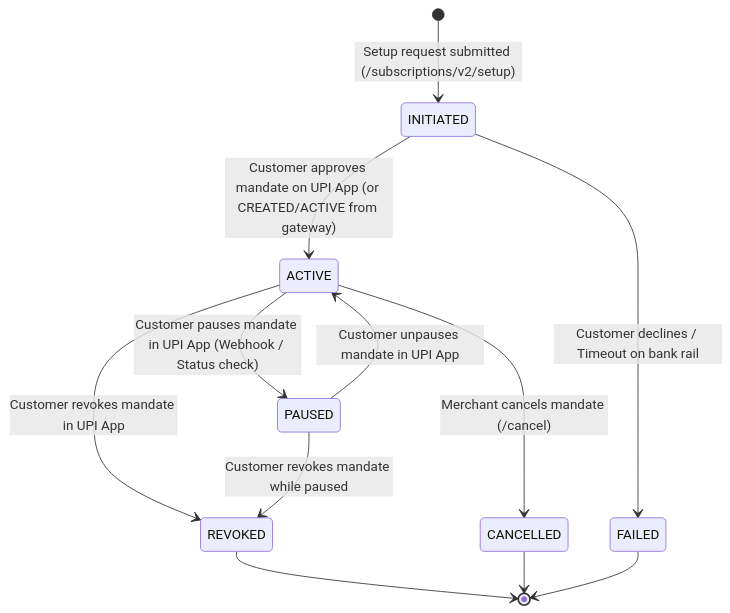
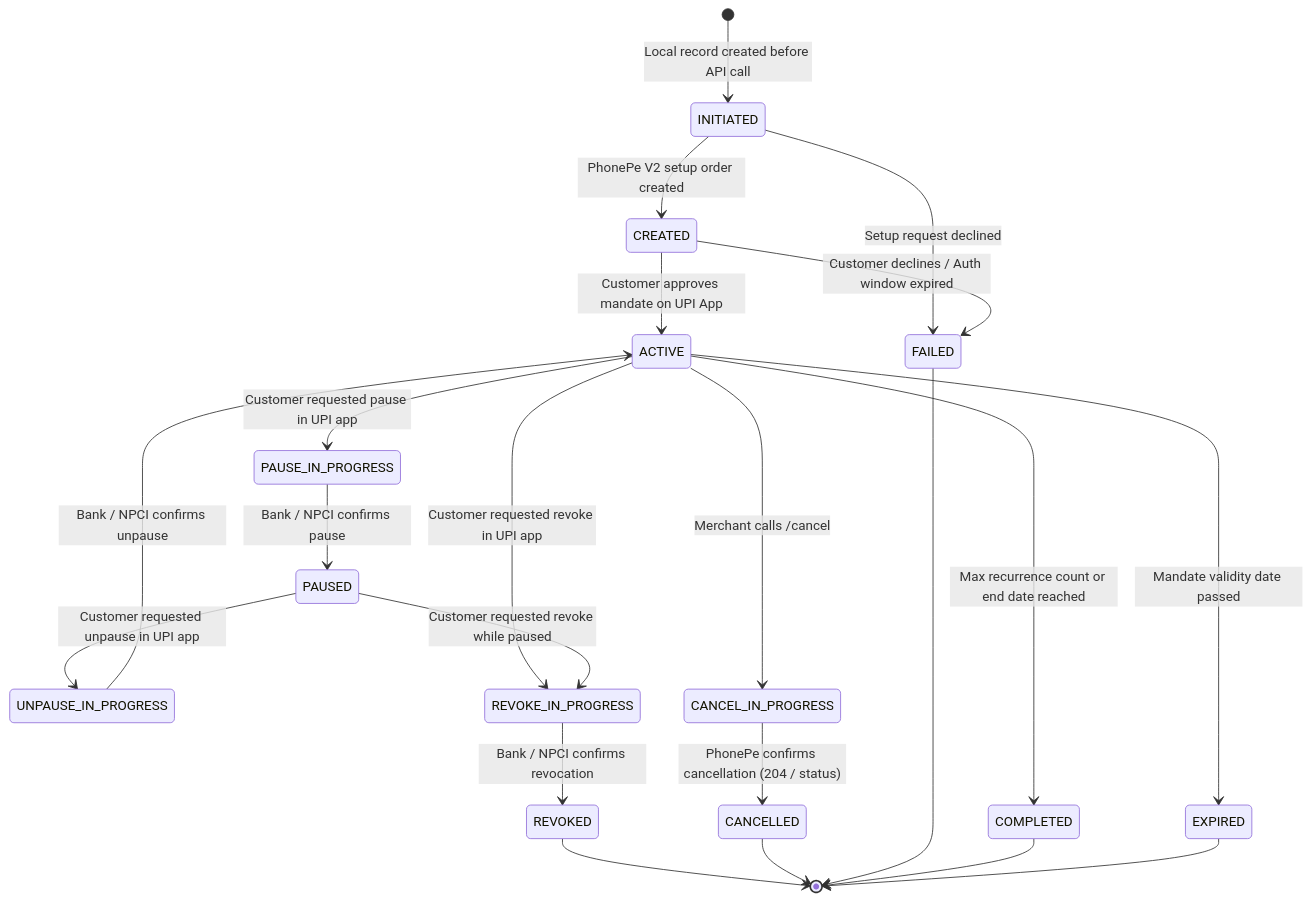
Before and after one commit to Glass-Entials/CRM-Glass-Entials: the third of 7 diagrams in docs/PHONEPE_AUTOPAY_V2_PHASE_3_ARCHITECTURE.md, drawn with Mermaid. The commit also changed other lines of this file, not shown here.

First line of the commit message:
docs(billing): Phase 3 architecture review revision v1.2

````diff
--- a/docs/PHONEPE_AUTOPAY_V2_PHASE_3_ARCHITECTURE.md
+++ b/docs/PHONEPE_AUTOPAY_V2_PHASE_3_ARCHITECTURE.md
@@ -429,18 +359,31 @@
 ```mermaid
 stateDiagram-v2
-    [*] --> INITIATED : Setup request submitted (/subscriptions/v2/setup)
-    INITIATED --> ACTIVE : Customer approves mandate on UPI App (or CREATED/ACTIVE from gateway)
-    INITIATED --> FAILED : Customer declines / Timeout on bank rail
+    [*] --> INITIATED : Local record created before API call
+    INITIATED --> CREATED : PhonePe V2 setup order created
+    INITIATED --> FAILED : Setup request declined
     
-    ACTIVE --> PAUSED : Customer pauses mandate in UPI App (Webhook / Status check)
-    PAUSED --> ACTIVE : Customer unpauses mandate in UPI App
+    CREATED --> ACTIVE : Customer approves mandate on UPI App
+    CREATED --> FAILED : Customer declines / Auth window expired
     
-    ACTIVE --> REVOKED : Customer revokes mandate in UPI App
-    PAUSED --> REVOKED : Customer revokes mandate while paused
+    ACTIVE --> PAUSE_IN_PROGRESS : Customer requested pause in UPI app
+    PAUSE_IN_PROGRESS --> PAUSED : Bank / NPCI confirms pause
     
-    ACTIVE --> CANCELLED : Merchant cancels mandate (/cancel)
+    PAUSED --> UNPAUSE_IN_PROGRESS : Customer requested unpause in UPI app
+    UNPAUSE_IN_PROGRESS --> ACTIVE : Bank / NPCI confirms unpause
+    
+    ACTIVE --> REVOKE_IN_PROGRESS : Customer requested revoke in UPI app
+    PAUSED --> REVOKE_IN_PROGRESS : Customer requested revoke while paused
+    REVOKE_IN_PROGRESS --> REVOKED : Bank / NPCI confirms revocation
+    
+    ACTIVE --> CANCEL_IN_PROGRESS : Merchant calls /cancel
+    CANCEL_IN_PROGRESS --> CANCELLED : PhonePe confirms cancellation (204 / status)
+    
+    ACTIVE --> COMPLETED : Max recurrence count or end date reached
+    ACTIVE --> EXPIRED : Mandate validity date passed
     
     REVOKED --> [*]
     CANCELLED --> [*]
     FAILED --> [*]
+    COMPLETED --> [*]
+    EXPIRED --> [*]
 ```
````
